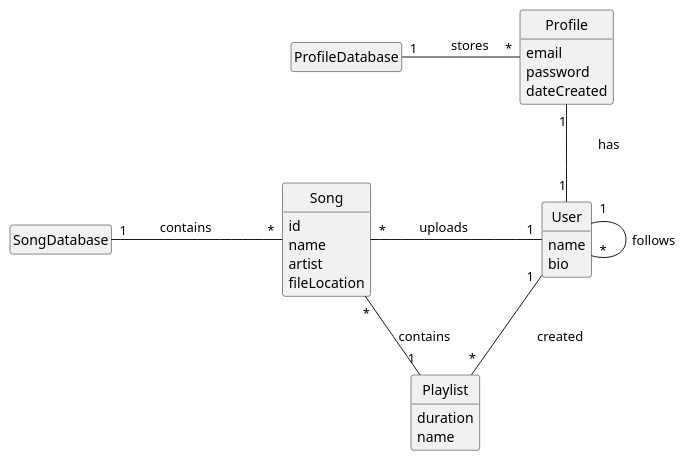
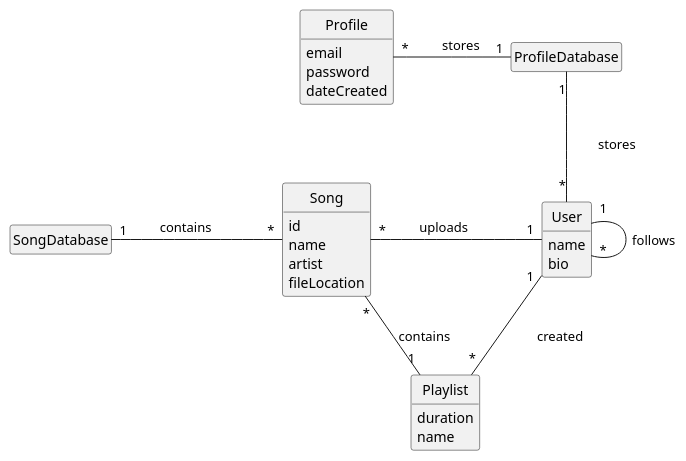
Before and after one commit to SamS317/VassarSpotify: the first of 3 diagrams in intellij/doc/design.md, drawn with PlantUML. The commit also changed other lines of this file, not shown here.

````diff
--- a/intellij/doc/design.md
+++ b/intellij/doc/design.md
@@ -1,50 +1,47 @@
-```plantuml
 @startuml
-'''Class Diagram
-
+'''Domain Model
 hide circle
 hide empty methods
 hide empty attributes
 
 class User{
 name
 bio
 }
 
 class ProfileDatabase{
 }
 
 class Profile{
 email
 password
 dateCreated
 }
 
 class SongDatabase{
 }
 
 
 class Song{
 id
 name
 artist
 fileLocation
 }
 
 class Playlist{
 duration
 name
 }
 
 User "1" -down- "*" Playlist : \t created \t
 User "1" -left- "*" Song : \t uploads \t\t
 User "1" - "*" User : follows \t
 
-Profile "1" -down- "1" User : \t has \t
-ProfileDatabase "1" -right- "*" Profile : \t stores \t
+ProfileDatabase "1" -down- "*" User : \t stores \t
+ProfileDatabase "1" -left- "*" Profile : \t stores \t
 
 Playlist "1" -up- "*" Song : contains \t
 
 SongDatabase "1" - "*" Song : \t contains \t\t
 @enduml
-```
````
